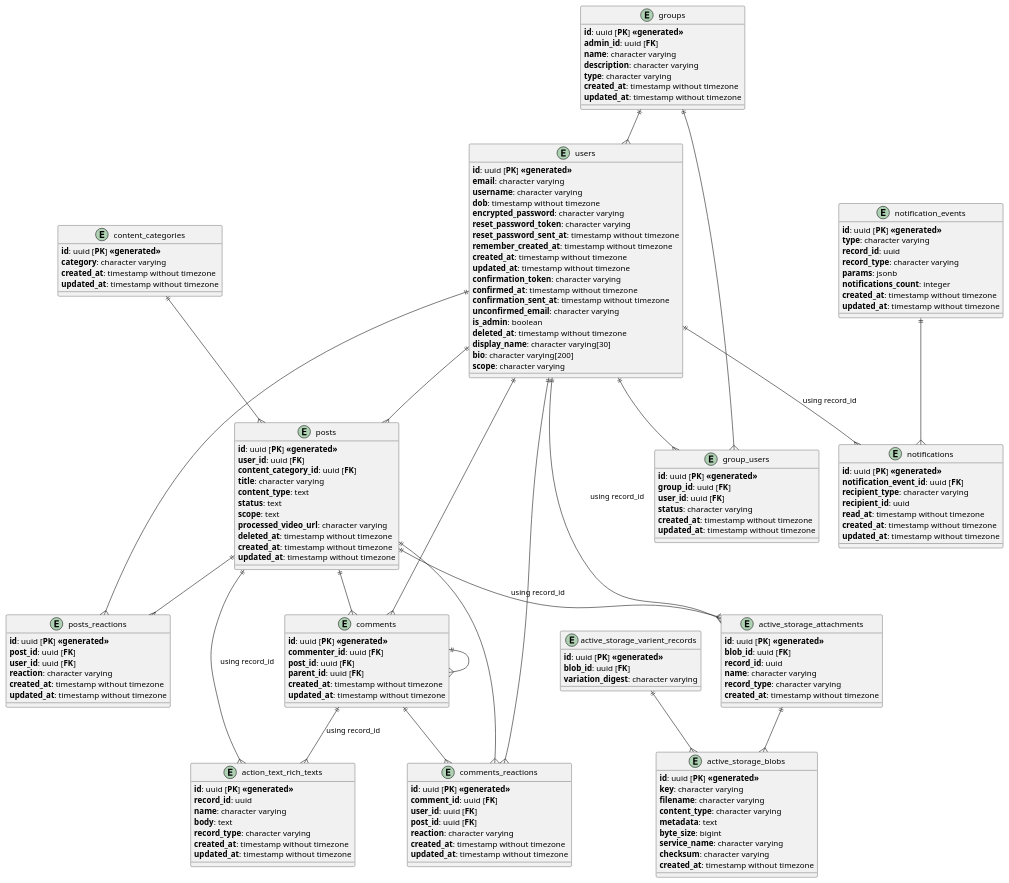
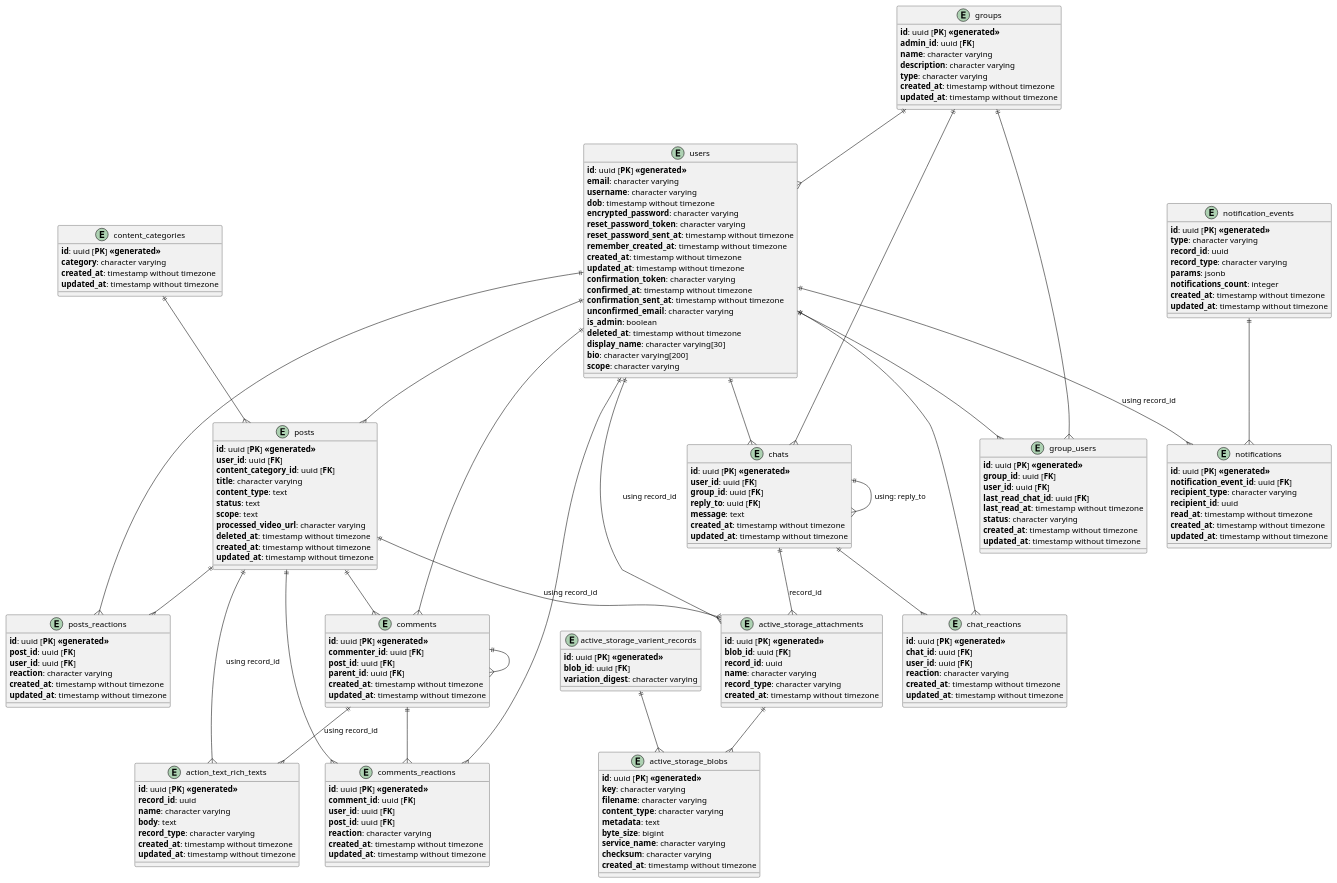
One commit to Chetan0211/karma_loop changed the diagram in design/entity_diagram.puml. Above: the diagram before and after it, drawn with PlantUML. The commit also changed 13 other files, not shown here.

Commit message:
KAR-50 : Add chat and chat_reaction migration and model

```diff
--- a/design/entity_diagram.puml
+++ b/design/entity_diagram.puml
@@ -85,6 +85,8 @@
   **id**: uuid [**PK**] **<<generated>>**
   **group_id**: uuid [**FK**]
   **user_id**: uuid [**FK**]
+  **last_read_chat_id**: uuid [**FK**]
+  **last_read_at**: timestamp without timezone
   **status**: character varying
   **created_at**: timestamp without timezone
   **updated_at**: timestamp without timezone
@@ -152,6 +154,32 @@
   **updated_at**: timestamp without timezone
 }
 
+entity chats{
+  **id**: uuid [**PK**] **<<generated>>**
+  **user_id**: uuid [**FK**]
+  **group_id**: uuid [**FK**]
+  **reply_to**: uuid [**FK**]
+  **message**: text
+  **created_at**: timestamp without timezone
+  **updated_at**: timestamp without timezone
+}
+
+entity chat_reactions{
+  **id**: uuid [**PK**] **<<generated>>**
+  **chat_id**: uuid [**FK**]
+  **user_id**: uuid [**FK**]
+  **reaction**: character varying
+  **created_at**: timestamp without timezone
+  **updated_at**: timestamp without timezone
+}
+
+chats ||--{ active_storage_attachments : "record_id"
+chats ||--{ chats : "using: reply_to"
+chats ||--{ chat_reactions
+users ||--{ chat_reactions
+groups ||--{ chats
+users ||--{ chats
+
 notification_events ||--{ notifications
 users ||--{ notifications : "using record_id"
 
```
